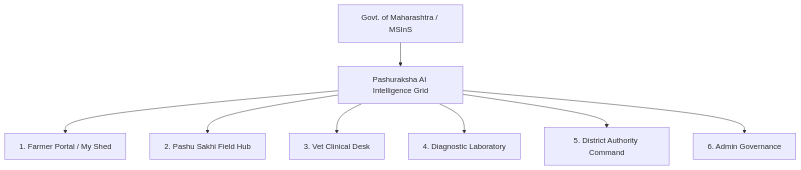
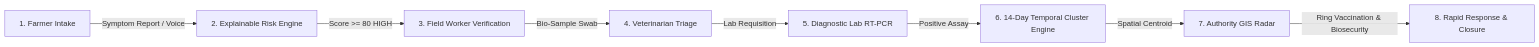
One commit to rudrapratap17003-coder/PashuRaksha-AI changed the diagram in README.md. Above: the diagram before and after it, drawn with Mermaid. The commit also changed other lines of this file, not shown here.

Commit message:
docs: comprehensive update to project README with live URLs, SIH architecture, and demo guide

````diff
--- a/README.md
+++ b/README.md
@@ -24,10 +31,10 @@
 ```mermaid
-graph TD
-    A[Govt. of Maharashtra / MSInS] --> B[Pashuraksha AI Intelligence Grid]
-    B --> C1[1. Farmer Portal / My Shed]
-    B --> C2[2. Pashu Sakhi Field Hub]
-    B --> C3[3. Vet Clinical Desk]
-    B --> C4[4. Diagnostic Laboratory]
-    B --> C5[5. District Authority Command]
-    B --> C6[6. Admin Governance]
+graph LR
+    A[1. Farmer Intake] -->|Symptom Report / Voice| B[2. Explainable Risk Engine]
+    B -->|Score >= 80 HIGH| C[3. Field Worker Verification]
+    C -->|Bio-Sample Swab| D[4. Veterinarian Triage]
+    D -->|Lab Requisition| E[5. Diagnostic Lab RT-PCR]
+    E -->|Positive Assay| F[6. 14-Day Temporal Cluster Engine]
+    F -->|Spatial Centroid| G[7. Authority GIS Radar]
+    G -->|Ring Vaccination & Biosecurity| H[8. Rapid Response & Closure]
 ```
````
